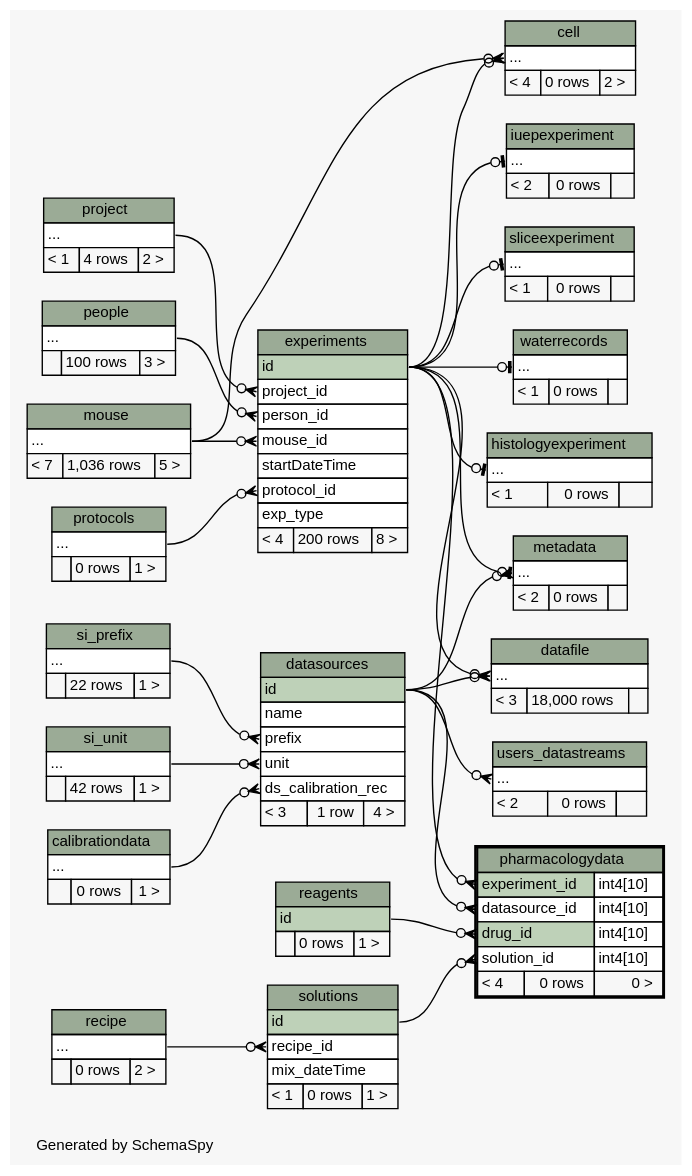
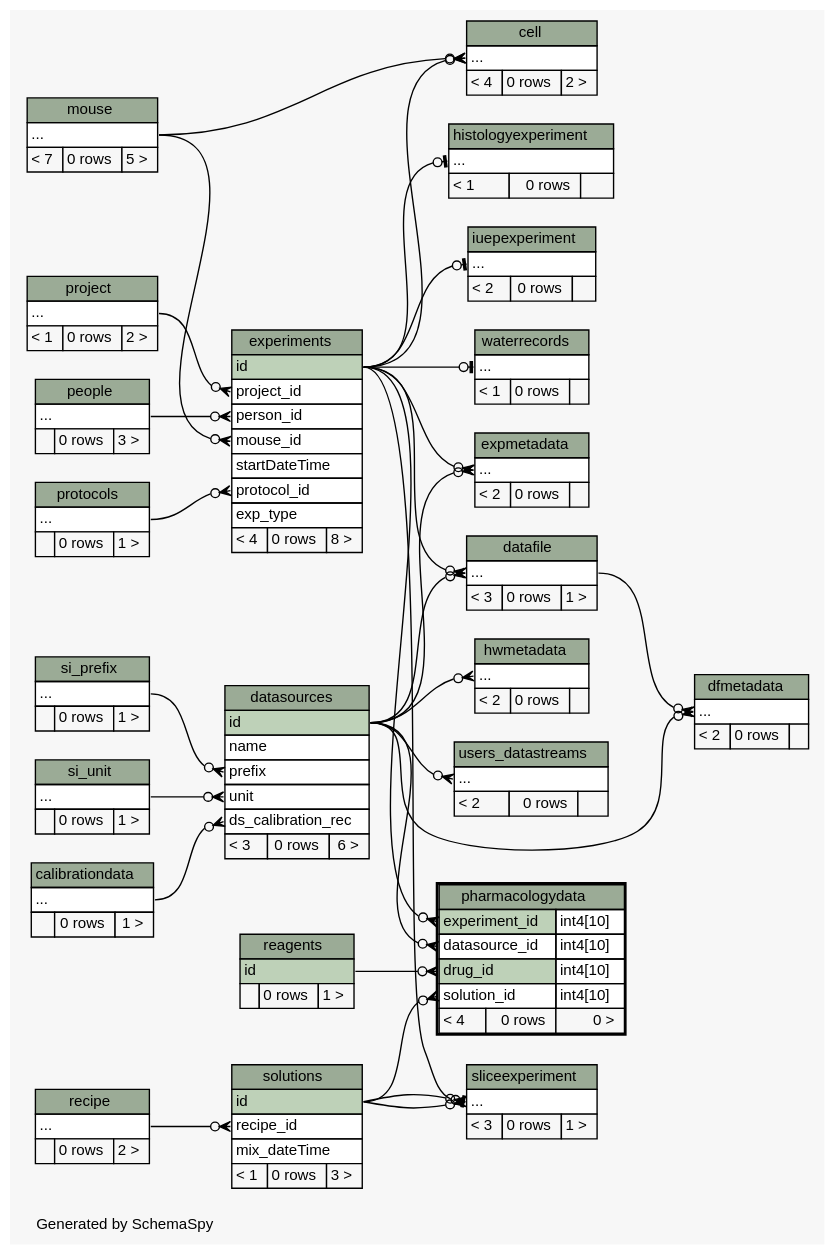
One commit to tgbugs/mlab changed the diagram in database/ss/diagrams/pharmacologydata.2degrees.dot. Above: the diagram before and after it, drawn with Graphviz. The commit also changed 227 other files, not shown here.

```diff
--- a/database/ss/diagrams/pharmacologydata.2degrees.dot
+++ b/database/ss/diagrams/pharmacologydata.2degrees.dot
@@ -26,19 +26,24 @@
   "datasources":"ds_calibration_rec":w -> "calibrationdata":"elipses":e [arrowhead=none dir=back arrowtail=crowodot];
   "datasources":"prefix":w -> "si_prefix":"elipses":e [arrowhead=none dir=back arrowtail=crowodot];
   "datasources":"unit":w -> "si_unit":"elipses":e [arrowhead=none dir=back arrowtail=crowodot];
+  "dfmetadata":"elipses":w -> "datasources":"id":e [arrowhead=none dir=back arrowtail=crowodot];
+  "dfmetadata":"elipses":w -> "datafile":"elipses":e [arrowhead=none dir=back arrowtail=crowodot];
   "experiments":"mouse_id":w -> "mouse":"elipses":e [arrowhead=none dir=back arrowtail=crowodot];
   "experiments":"person_id":w -> "people":"elipses":e [arrowhead=none dir=back arrowtail=crowodot];
   "experiments":"project_id":w -> "project":"elipses":e [arrowhead=none dir=back arrowtail=crowodot];
   "experiments":"protocol_id":w -> "protocols":"elipses":e [arrowhead=none dir=back arrowtail=crowodot];
+  "expmetadata":"elipses":w -> "datasources":"id":e [arrowhead=none dir=back arrowtail=crowodot];
+  "expmetadata":"elipses":w -> "experiments":"id":e [arrowhead=none dir=back arrowtail=crowodot];
   "histologyexperiment":"elipses":w -> "experiments":"id":e [arrowhead=none dir=back arrowtail=teeodot];
+  "hwmetadata":"elipses":w -> "datasources":"id":e [arrowhead=none dir=back arrowtail=crowodot];
   "iuepexperiment":"elipses":w -> "experiments":"id":e [arrowhead=none dir=back arrowtail=teeodot];
-  "metadata":"elipses":w -> "datasources":"id":e [arrowhead=none dir=back arrowtail=crowodot];
-  "metadata":"elipses":w -> "experiments":"id":e [arrowhead=none dir=back arrowtail=teeodot];
   "pharmacologydata":"datasource_id":w -> "datasources":"id":e [arrowhead=none dir=back arrowtail=crowodot];
   "pharmacologydata":"drug_id":w -> "reagents":"id":e [arrowhead=none dir=back arrowtail=crowodot];
   "pharmacologydata":"experiment_id":w -> "experiments":"id":e [arrowhead=none dir=back arrowtail=crowodot];
   "pharmacologydata":"solution_id":w -> "solutions":"id":e [arrowhead=none dir=back arrowtail=crowodot];
+  "sliceexperiment":"elipses":w -> "solutions":"id":e [arrowhead=none dir=back arrowtail=crowodot];
   "sliceexperiment":"elipses":w -> "experiments":"id":e [arrowhead=none dir=back arrowtail=teeodot];
+  "sliceexperiment":"elipses":w -> "solutions":"id":e [arrowhead=none dir=back arrowtail=crowodot];
   "solutions":"recipe_id":w -> "recipe":"elipses":e [arrowhead=none dir=back arrowtail=crowodot];
   "users_datastreams":"elipses":w -> "datasources":"id":e [arrowhead=none dir=back arrowtail=crowodot];
   "waterrecords":"elipses":w -> "experiments":"id":e [arrowhead=none dir=back arrowtail=teeodot];
@@ -67,7 +72,7 @@
     <TABLE BORDER="0" CELLBORDER="1" CELLSPACING="0" BGCOLOR="#ffffff">
       <TR><TD COLSPAN="3" BGCOLOR="#9bab96" ALIGN="CENTER">datafile</TD></TR>
       <TR><TD PORT="elipses" COLSPAN="3" ALIGN="LEFT">...</TD></TR>
-      <TR><TD ALIGN="LEFT" BGCOLOR="#f7f7f7">&lt; 3</TD><TD ALIGN="RIGHT" BGCOLOR="#f7f7f7">18,000 rows</TD><TD ALIGN="RIGHT" BGCOLOR="#f7f7f7">  </TD></TR>
+      <TR><TD ALIGN="LEFT" BGCOLOR="#f7f7f7">&lt; 3</TD><TD ALIGN="RIGHT" BGCOLOR="#f7f7f7">0 rows</TD><TD ALIGN="RIGHT" BGCOLOR="#f7f7f7">1 &gt;</TD></TR>
     </TABLE>>
     URL="datafile.html"
     tooltip="datafile"
@@ -81,10 +86,20 @@
       <TR><TD PORT="prefix" COLSPAN="3" ALIGN="LEFT">prefix</TD></TR>
       <TR><TD PORT="unit" COLSPAN="3" ALIGN="LEFT">unit</TD></TR>
       <TR><TD PORT="ds_calibration_rec" COLSPAN="3" ALIGN="LEFT">ds_calibration_rec</TD></TR>
-      <TR><TD ALIGN="LEFT" BGCOLOR="#f7f7f7">&lt; 3</TD><TD ALIGN="RIGHT" BGCOLOR="#f7f7f7">1 row</TD><TD ALIGN="RIGHT" BGCOLOR="#f7f7f7">4 &gt;</TD></TR>
+      <TR><TD ALIGN="LEFT" BGCOLOR="#f7f7f7">&lt; 3</TD><TD ALIGN="RIGHT" BGCOLOR="#f7f7f7">0 rows</TD><TD ALIGN="RIGHT" BGCOLOR="#f7f7f7">6 &gt;</TD></TR>
     </TABLE>>
     URL="datasources.html"
     tooltip="datasources"
+  ];
+  "dfmetadata" [
+    label=<
+    <TABLE BORDER="0" CELLBORDER="1" CELLSPACING="0" BGCOLOR="#ffffff">
+      <TR><TD COLSPAN="3" BGCOLOR="#9bab96" ALIGN="CENTER">dfmetadata</TD></TR>
+      <TR><TD PORT="elipses" COLSPAN="3" ALIGN="LEFT">...</TD></TR>
+      <TR><TD ALIGN="LEFT" BGCOLOR="#f7f7f7">&lt; 2</TD><TD ALIGN="RIGHT" BGCOLOR="#f7f7f7">0 rows</TD><TD ALIGN="RIGHT" BGCOLOR="#f7f7f7">  </TD></TR>
+    </TABLE>>
+    URL="dfmetadata.html"
+    tooltip="dfmetadata"
   ];
   "experiments" [
     label=<
@@ -97,10 +112,20 @@
       <TR><TD PORT="startDateTime" COLSPAN="3" ALIGN="LEFT">startDateTime</TD></TR>
       <TR><TD PORT="protocol_id" COLSPAN="3" ALIGN="LEFT">protocol_id</TD></TR>
       <TR><TD PORT="exp_type" COLSPAN="3" ALIGN="LEFT">exp_type</TD></TR>
-      <TR><TD ALIGN="LEFT" BGCOLOR="#f7f7f7">&lt; 4</TD><TD ALIGN="RIGHT" BGCOLOR="#f7f7f7">200 rows</TD><TD ALIGN="RIGHT" BGCOLOR="#f7f7f7">8 &gt;</TD></TR>
+      <TR><TD ALIGN="LEFT" BGCOLOR="#f7f7f7">&lt; 4</TD><TD ALIGN="RIGHT" BGCOLOR="#f7f7f7">0 rows</TD><TD ALIGN="RIGHT" BGCOLOR="#f7f7f7">8 &gt;</TD></TR>
     </TABLE>>
     URL="experiments.html"
     tooltip="experiments"
+  ];
+  "expmetadata" [
+    label=<
+    <TABLE BORDER="0" CELLBORDER="1" CELLSPACING="0" BGCOLOR="#ffffff">
+      <TR><TD COLSPAN="3" BGCOLOR="#9bab96" ALIGN="CENTER">expmetadata</TD></TR>
+      <TR><TD PORT="elipses" COLSPAN="3" ALIGN="LEFT">...</TD></TR>
+      <TR><TD ALIGN="LEFT" BGCOLOR="#f7f7f7">&lt; 2</TD><TD ALIGN="RIGHT" BGCOLOR="#f7f7f7">0 rows</TD><TD ALIGN="RIGHT" BGCOLOR="#f7f7f7">  </TD></TR>
+    </TABLE>>
+    URL="expmetadata.html"
+    tooltip="expmetadata"
   ];
   "histologyexperiment" [
     label=<
@@ -112,6 +137,16 @@
     URL="histologyexperiment.html"
     tooltip="histologyexperiment"
   ];
+  "hwmetadata" [
+    label=<
+    <TABLE BORDER="0" CELLBORDER="1" CELLSPACING="0" BGCOLOR="#ffffff">
+      <TR><TD COLSPAN="3" BGCOLOR="#9bab96" ALIGN="CENTER">hwmetadata</TD></TR>
+      <TR><TD PORT="elipses" COLSPAN="3" ALIGN="LEFT">...</TD></TR>
+      <TR><TD ALIGN="LEFT" BGCOLOR="#f7f7f7">&lt; 2</TD><TD ALIGN="RIGHT" BGCOLOR="#f7f7f7">0 rows</TD><TD ALIGN="RIGHT" BGCOLOR="#f7f7f7">  </TD></TR>
+    </TABLE>>
+    URL="hwmetadata.html"
+    tooltip="hwmetadata"
+  ];
   "iuepexperiment" [
     label=<
     <TABLE BORDER="0" CELLBORDER="1" CELLSPACING="0" BGCOLOR="#ffffff">
@@ -122,22 +157,12 @@
     URL="iuepexperiment.html"
     tooltip="iuepexperiment"
   ];
-  "metadata" [
-    label=<
-    <TABLE BORDER="0" CELLBORDER="1" CELLSPACING="0" BGCOLOR="#ffffff">
-      <TR><TD COLSPAN="3" BGCOLOR="#9bab96" ALIGN="CENTER">metadata</TD></TR>
-      <TR><TD PORT="elipses" COLSPAN="3" ALIGN="LEFT">...</TD></TR>
-      <TR><TD ALIGN="LEFT" BGCOLOR="#f7f7f7">&lt; 2</TD><TD ALIGN="RIGHT" BGCOLOR="#f7f7f7">0 rows</TD><TD ALIGN="RIGHT" BGCOLOR="#f7f7f7">  </TD></TR>
-    </TABLE>>
-    URL="metadata.html"
-    tooltip="metadata"
-  ];
   "mouse" [
     label=<
     <TABLE BORDER="0" CELLBORDER="1" CELLSPACING="0" BGCOLOR="#ffffff">
       <TR><TD COLSPAN="3" BGCOLOR="#9bab96" ALIGN="CENTER">mouse</TD></TR>
       <TR><TD PORT="elipses" COLSPAN="3" ALIGN="LEFT">...</TD></TR>
-      <TR><TD ALIGN="LEFT" BGCOLOR="#f7f7f7">&lt; 7</TD><TD ALIGN="RIGHT" BGCOLOR="#f7f7f7">1,036 rows</TD><TD ALIGN="RIGHT" BGCOLOR="#f7f7f7">5 &gt;</TD></TR>
+      <TR><TD ALIGN="LEFT" BGCOLOR="#f7f7f7">&lt; 7</TD><TD ALIGN="RIGHT" BGCOLOR="#f7f7f7">0 rows</TD><TD ALIGN="RIGHT" BGCOLOR="#f7f7f7">5 &gt;</TD></TR>
     </TABLE>>
     URL="mouse.html"
     tooltip="mouse"
@@ -147,7 +172,7 @@
     <TABLE BORDER="0" CELLBORDER="1" CELLSPACING="0" BGCOLOR="#ffffff">
       <TR><TD COLSPAN="3" BGCOLOR="#9bab96" ALIGN="CENTER">people</TD></TR>
       <TR><TD PORT="elipses" COLSPAN="3" ALIGN="LEFT">...</TD></TR>
-      <TR><TD ALIGN="LEFT" BGCOLOR="#f7f7f7">  </TD><TD ALIGN="RIGHT" BGCOLOR="#f7f7f7">100 rows</TD><TD ALIGN="RIGHT" BGCOLOR="#f7f7f7">3 &gt;</TD></TR>
+      <TR><TD ALIGN="LEFT" BGCOLOR="#f7f7f7">  </TD><TD ALIGN="RIGHT" BGCOLOR="#f7f7f7">0 rows</TD><TD ALIGN="RIGHT" BGCOLOR="#f7f7f7">3 &gt;</TD></TR>
     </TABLE>>
     URL="people.html"
     tooltip="people"
@@ -170,7 +195,7 @@
     <TABLE BORDER="0" CELLBORDER="1" CELLSPACING="0" BGCOLOR="#ffffff">
       <TR><TD COLSPAN="3" BGCOLOR="#9bab96" ALIGN="CENTER">project</TD></TR>
       <TR><TD PORT="elipses" COLSPAN="3" ALIGN="LEFT">...</TD></TR>
-      <TR><TD ALIGN="LEFT" BGCOLOR="#f7f7f7">&lt; 1</TD><TD ALIGN="RIGHT" BGCOLOR="#f7f7f7">4 rows</TD><TD ALIGN="RIGHT" BGCOLOR="#f7f7f7">2 &gt;</TD></TR>
+      <TR><TD ALIGN="LEFT" BGCOLOR="#f7f7f7">&lt; 1</TD><TD ALIGN="RIGHT" BGCOLOR="#f7f7f7">0 rows</TD><TD ALIGN="RIGHT" BGCOLOR="#f7f7f7">2 &gt;</TD></TR>
     </TABLE>>
     URL="project.html"
     tooltip="project"
@@ -210,7 +235,7 @@
     <TABLE BORDER="0" CELLBORDER="1" CELLSPACING="0" BGCOLOR="#ffffff">
       <TR><TD COLSPAN="3" BGCOLOR="#9bab96" ALIGN="CENTER">si_prefix</TD></TR>
       <TR><TD PORT="elipses" COLSPAN="3" ALIGN="LEFT">...</TD></TR>
-      <TR><TD ALIGN="LEFT" BGCOLOR="#f7f7f7">  </TD><TD ALIGN="RIGHT" BGCOLOR="#f7f7f7">22 rows</TD><TD ALIGN="RIGHT" BGCOLOR="#f7f7f7">1 &gt;</TD></TR>
+      <TR><TD ALIGN="LEFT" BGCOLOR="#f7f7f7">  </TD><TD ALIGN="RIGHT" BGCOLOR="#f7f7f7">0 rows</TD><TD ALIGN="RIGHT" BGCOLOR="#f7f7f7">1 &gt;</TD></TR>
     </TABLE>>
     URL="si_prefix.html"
     tooltip="si_prefix"
@@ -220,7 +245,7 @@
     <TABLE BORDER="0" CELLBORDER="1" CELLSPACING="0" BGCOLOR="#ffffff">
       <TR><TD COLSPAN="3" BGCOLOR="#9bab96" ALIGN="CENTER">si_unit</TD></TR>
       <TR><TD PORT="elipses" COLSPAN="3" ALIGN="LEFT">...</TD></TR>
-      <TR><TD ALIGN="LEFT" BGCOLOR="#f7f7f7">  </TD><TD ALIGN="RIGHT" BGCOLOR="#f7f7f7">42 rows</TD><TD ALIGN="RIGHT" BGCOLOR="#f7f7f7">1 &gt;</TD></TR>
+      <TR><TD ALIGN="LEFT" BGCOLOR="#f7f7f7">  </TD><TD ALIGN="RIGHT" BGCOLOR="#f7f7f7">0 rows</TD><TD ALIGN="RIGHT" BGCOLOR="#f7f7f7">1 &gt;</TD></TR>
     </TABLE>>
     URL="si_unit.html"
     tooltip="si_unit"
@@ -230,7 +255,7 @@
     <TABLE BORDER="0" CELLBORDER="1" CELLSPACING="0" BGCOLOR="#ffffff">
       <TR><TD COLSPAN="3" BGCOLOR="#9bab96" ALIGN="CENTER">sliceexperiment</TD></TR>
       <TR><TD PORT="elipses" COLSPAN="3" ALIGN="LEFT">...</TD></TR>
-      <TR><TD ALIGN="LEFT" BGCOLOR="#f7f7f7">&lt; 1</TD><TD ALIGN="RIGHT" BGCOLOR="#f7f7f7">0 rows</TD><TD ALIGN="RIGHT" BGCOLOR="#f7f7f7">  </TD></TR>
+      <TR><TD ALIGN="LEFT" BGCOLOR="#f7f7f7">&lt; 3</TD><TD ALIGN="RIGHT" BGCOLOR="#f7f7f7">0 rows</TD><TD ALIGN="RIGHT" BGCOLOR="#f7f7f7">1 &gt;</TD></TR>
     </TABLE>>
     URL="sliceexperiment.html"
     tooltip="sliceexperiment"
@@ -242,7 +267,7 @@
       <TR><TD PORT="id" COLSPAN="3" BGCOLOR="#bed1b8" ALIGN="LEFT">id</TD></TR>
       <TR><TD PORT="recipe_id" COLSPAN="3" ALIGN="LEFT">recipe_id</TD></TR>
       <TR><TD PORT="mix_dateTime" COLSPAN="3" ALIGN="LEFT">mix_dateTime</TD></TR>
-      <TR><TD ALIGN="LEFT" BGCOLOR="#f7f7f7">&lt; 1</TD><TD ALIGN="RIGHT" BGCOLOR="#f7f7f7">0 rows</TD><TD ALIGN="RIGHT" BGCOLOR="#f7f7f7">1 &gt;</TD></TR>
+      <TR><TD ALIGN="LEFT" BGCOLOR="#f7f7f7">&lt; 1</TD><TD ALIGN="RIGHT" BGCOLOR="#f7f7f7">0 rows</TD><TD ALIGN="RIGHT" BGCOLOR="#f7f7f7">3 &gt;</TD></TR>
     </TABLE>>
     URL="solutions.html"
     tooltip="solutions"
```
